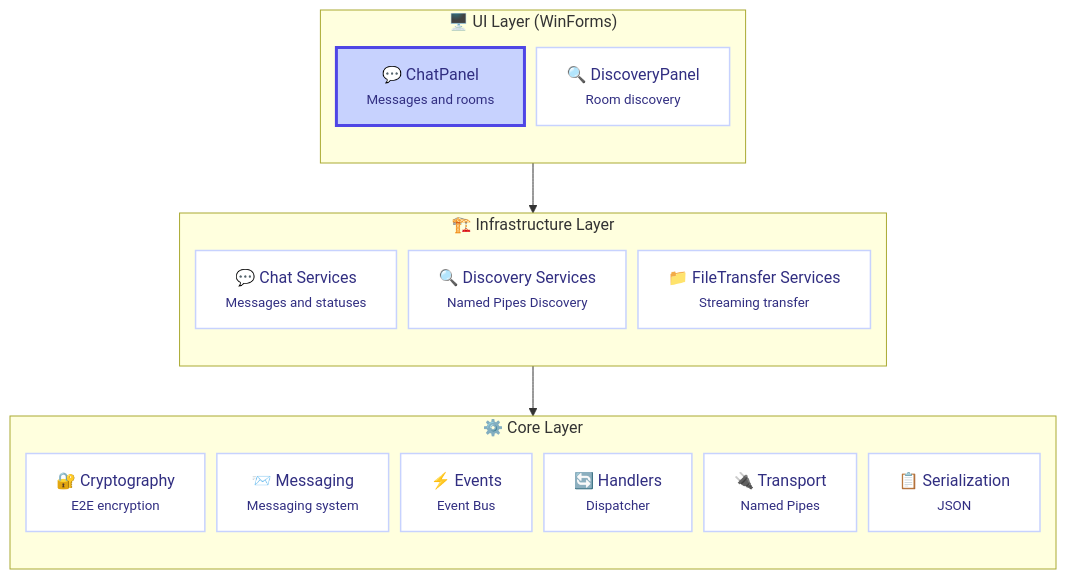
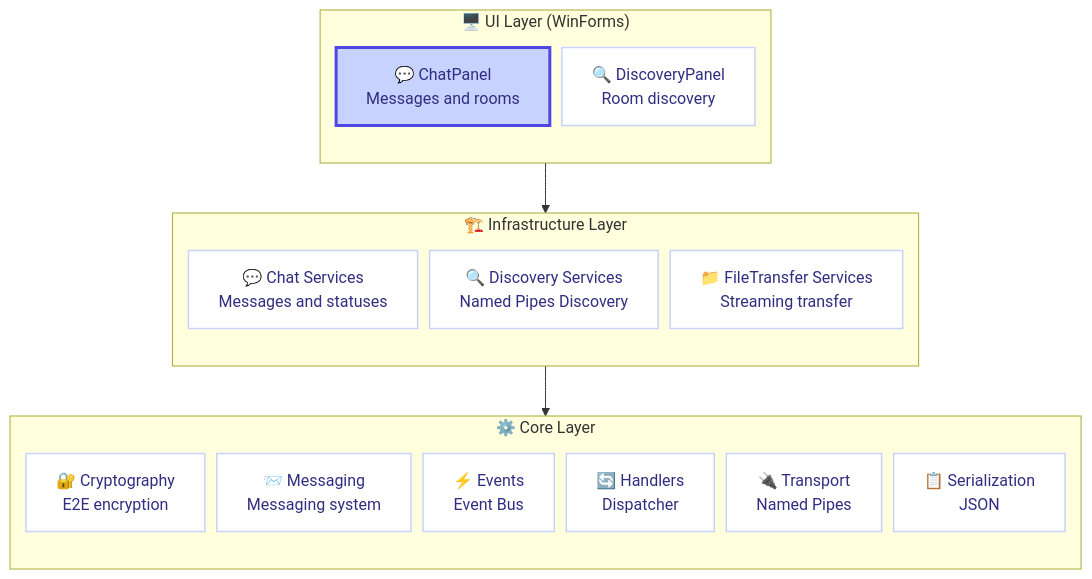
Before and after one commit to CasCadeVR/MIN: the first of 3 diagrams in README.md, drawn with Mermaid. The commit also changed 1 other file, not shown here.

Commit message:
fix text cropping in the width of the diagrams

````diff
--- a/README.md
+++ b/README.md
@@ -48,41 +48,41 @@
 ```mermaid
 flowchart TB
     %%{init: {'flowchart': {'nodeSpacing': 12}}}%%
     classDef uiLayer fill:#dbeafe,stroke:#3b82f6,stroke-width:2px,color:#1e40af
     classDef infraLayer fill:#e0e7ff,stroke:#4f46e5,stroke-width:2px,color:#3730a3
     classDef coreLayer fill:#ede9fe,stroke:#7c3aed,stroke-width:2px,color:#5b21b6
     classDef component fill:#ffffff,stroke:#c7d2fe,stroke-width:1.5px,color:#312e81
     classDef highlight fill:#c7d2fe,stroke:#4f46e5,stroke-width:3px,color:#312e81
     
     subgraph UI["🖥️ UI Layer (WinForms)"]
         direction TB
-        A["💬 ChatPanel<br><small>Messages and rooms</small>"]
-        B["🔍 DiscoveryPanel<br><small>Room discovery</small>"]
+        A["💬 ChatPanel<br>Messages and rooms"]
+        B["🔍 DiscoveryPanel<br>Room discovery"]
     end
     
     subgraph INF["🏗️ Infrastructure Layer"]
         direction TB
-        C["💬 Chat Services<br><small>Messages and statuses</small>"]
-        D["🔍 Discovery Services<br><small>Named Pipes Discovery</small>"]
-        E["📁 FileTransfer Services<br><small>Streaming transfer</small>"]
+        C["💬 Chat Services<br>Messages and statuses"]
+        D["🔍 Discovery Services<br>Named Pipes Discovery"]
+        E["📁 FileTransfer Services<br>Streaming transfer"]
     end
     
     subgraph CORE["⚙️ Core Layer"]
         direction TB
-        F["🔐 Cryptography<br><small>E2E encryption</small>"]
-        G["📨 Messaging<br><small>Messaging system</small>"]
-        H["⚡ Events<br><small>Event Bus</small>"]
-        I["🔄 Handlers<br><small>Dispatcher</small>"]
-        J["🔌 Transport<br><small>Named Pipes</small>"]
-        K["📋 Serialization<br><small>JSON</small>"]
+        F["🔐 Cryptography<br>E2E encryption"]
+        G["📨 Messaging<br>Messaging system"]
+        H["⚡ Events<br>Event Bus"]
+        I["🔄 Handlers<br>Dispatcher"]
+        J["🔌 Transport<br>Named Pipes"]
+        K["📋 Serialization<br>JSON"]
     end
     
     class A highlight;
     class B,C,D,E,F,G,H,I,J,K component
     class UI uiLayer;
     class INF infraLayer;
     class CORE coreLayer
     
     UI --> INF
     INF --> CORE
 ```
````
